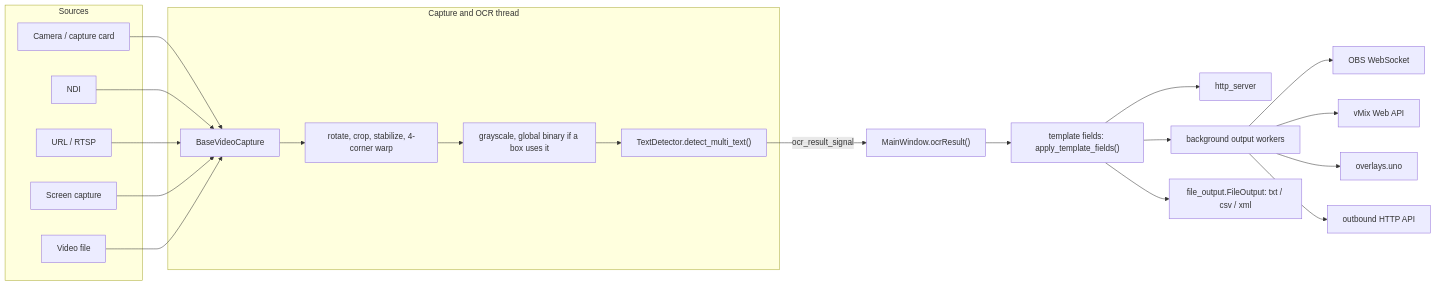
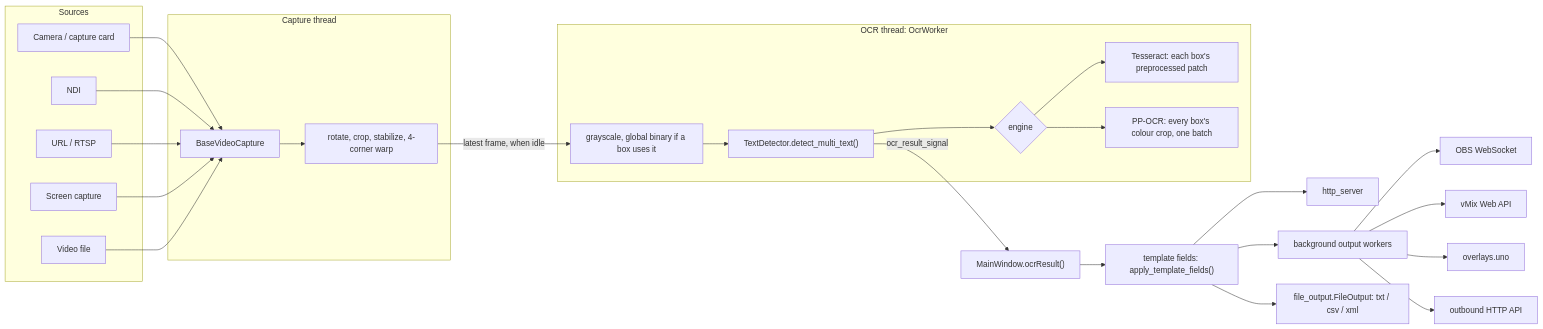
One commit to ThomasMcCrossin/scoresight changed the diagram in docs/development/architecture.md. Above: the diagram before and after it, drawn with Mermaid. The commit also changed other lines of this file and 13 other files, not shown here.

First line of the commit message:
docs: PP-OCR, choosing fast or accurate, Image cleanup, the OCR thread

````diff
--- a/docs/development/architecture.md
+++ b/docs/development/architecture.md
@@ -22,25 +22,30 @@
 ```mermaid
 flowchart LR
     subgraph Sources
         CAM[Camera / capture card]
         NDI[NDI]
         URL[URL / RTSP]
         SCR[Screen capture]
         FILE[Video file]
     end
-    subgraph TT [Capture and OCR thread]
+    subgraph TT [Capture thread]
         CAP[BaseVideoCapture] --> PRE[rotate, crop, stabilize, 4-corner warp]
-        PRE --> BIN[grayscale, global binary if a box uses it]
+    end
+    subgraph OW [OCR thread: OcrWorker]
+        PRE -- "latest frame, when idle" --> BIN[grayscale, global binary if a box uses it]
         BIN --> OCR["TextDetector.detect_multi_text()"]
+        OCR --> ENG{engine}
+        ENG --> TESS["Tesseract: each box's preprocessed patch"]
+        ENG --> PP["PP-OCR: every box's colour crop, one batch"]
     end
     CAM & NDI & URL & SCR & FILE --> CAP
     OCR -- ocr_result_signal --> MW["MainWindow.ocrResult()"]
     MW --> TPL["template fields: apply_template_fields()"]
     TPL --> HTTP[http_server]
     TPL --> WORKERS[background output workers]
     WORKERS --> OBS[OBS WebSocket]
     WORKERS --> VMIX[vMix Web API]
     WORKERS --> UNO[overlays.uno]
     WORKERS --> API[outbound HTTP API]
     TPL --> FILES["file_output.FileOutput: txt / csv / xml"]
 ```
````
